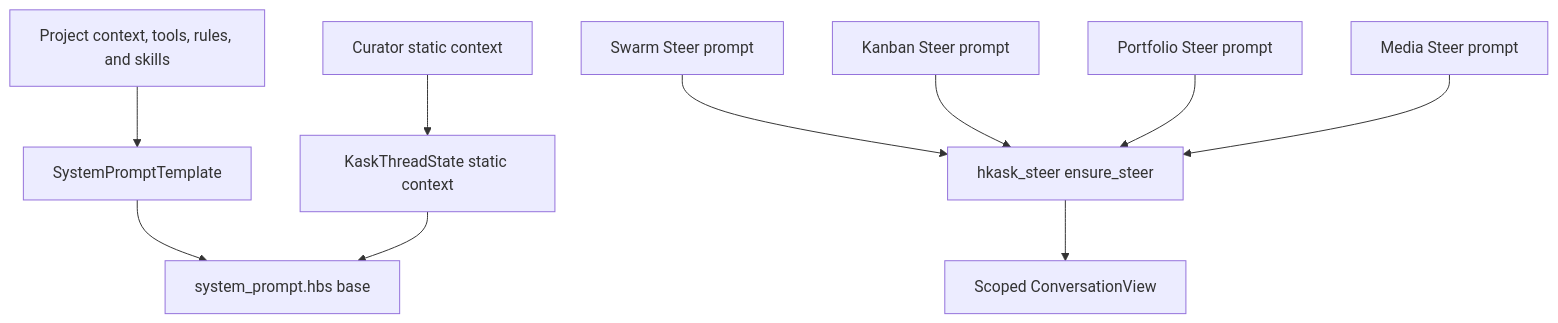
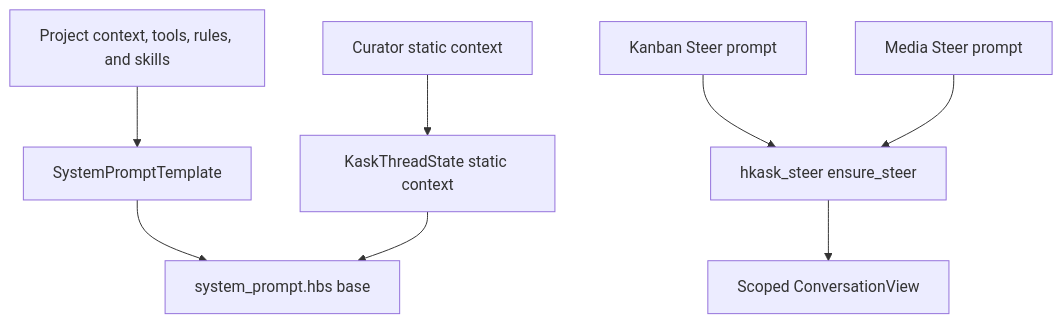
Before and after one commit to mdz-axo/zed-kask: the diagram in kask/docs/architecture/skills-and-composition.md, drawn with Mermaid. The commit also changed other lines of this file and 25 other files, not shown here.

````diff
--- a/kask/docs/architecture/skills-and-composition.md
+++ b/kask/docs/architecture/skills-and-composition.md
@@ -68,13 +67,11 @@
 ```mermaid
 flowchart TD
     P[Project context, tools, rules, and skills] --> T[SystemPromptTemplate]
     T --> B[system_prompt.hbs base]
     C[Curator static context] --> K[KaskThreadState static context]
     K --> B
 
-    S[Swarm Steer prompt] --> H[hkask_steer ensure_steer]
-    N[Kanban Steer prompt] --> H
-    O[Portfolio Steer prompt] --> H
+    N[Kanban Steer prompt] --> H[hkask_steer ensure_steer]
     M[Media Steer prompt] --> H
     H --> V[Scoped ConversationView]
 ```
````
